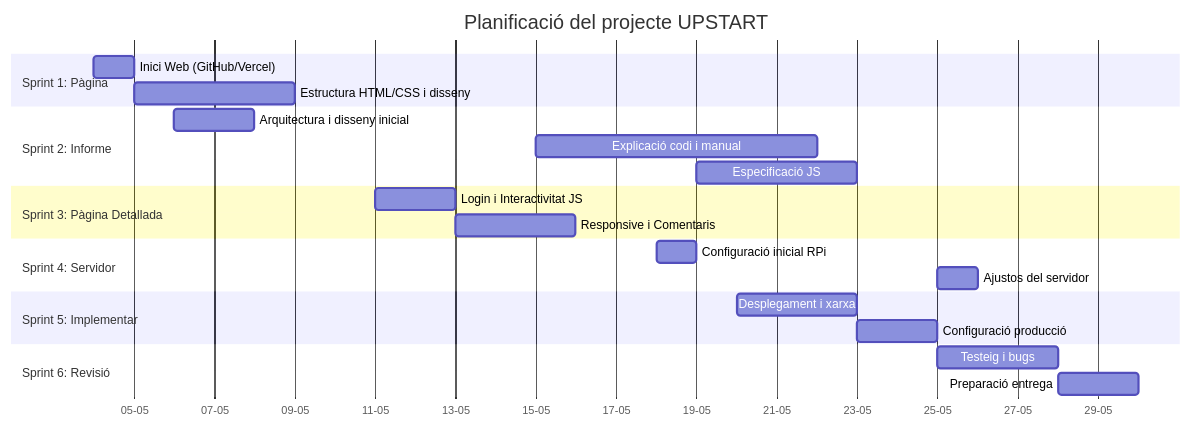
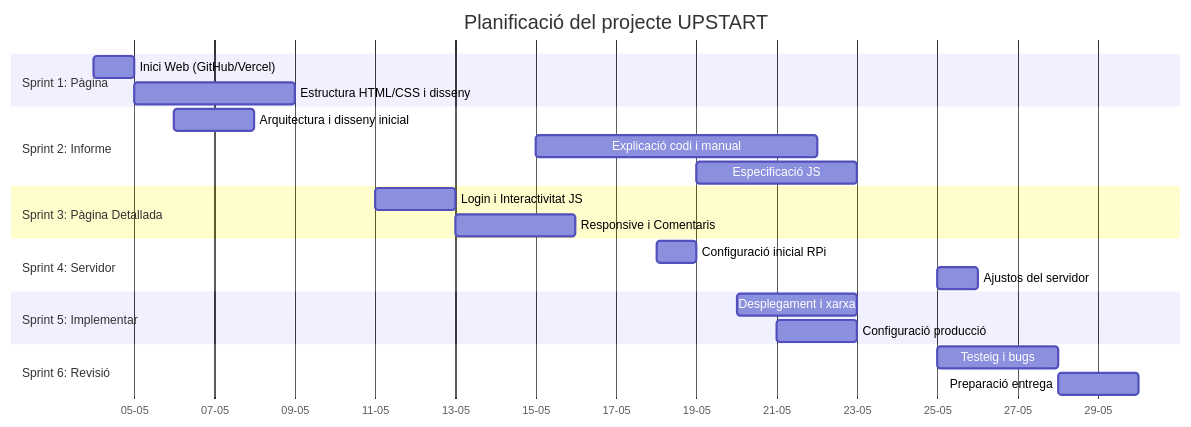
One commit to Sukhdeep777/upstart changed the diagram in README.md. Above: the diagram before and after it, drawn with Mermaid.

````diff
--- a/README.md
+++ b/README.md
@@ -2,32 +2,32 @@
 ```mermaid
 gantt
     title Planificació del projecte UPSTART
     dateFormat  YYYY-MM-DD
     axisFormat  %d-%m
     
     section Sprint 1: Pàgina
     Inici Web (GitHub/Vercel)       :s1t1, 2026-05-04, 1d
-    Estructura HTML/CSS i disseny   :s1t2, after s1t1, 4d
+    Estructura HTML/CSS i disseny   :s1t2, 2026-05-05, 4d
 
     section Sprint 2: Informe
     Arquitectura i disseny inicial :s2t1, 2026-05-06, 2d
     Explicació codi i manual        :s2t2, 2026-05-15, 7d
     Especificació JS                :s2t3, 2026-05-19, 4d
 
     section Sprint 3: Pàgina Detallada
     Login i Interactivitat JS       :s3t1, 2026-05-11, 2d
     Responsive i Comentaris         :s3t2, 2026-05-13, 3d
 
     section Sprint 4: Servidor
     Configuració inicial RPi        :s4t1, 2026-05-18, 1d
     Ajustos del servidor            :s4t2, 2026-05-25, 1d
 
     section Sprint 5: Implementar
     Desplegament i xarxa            :s5t1, 2026-05-20, 3d
-    Configuració producció          :s5t2, 2026-05-23, 2d
+    Configuració producció          :s5t2, 2026-05-21, 2d
 
     section Sprint 6: Revisió
     Testeig i bugs                  :s6t1, 2026-05-25, 3d
     Preparació entrega              :s6t2, 2026-05-28, 2d
 
 ```
````
